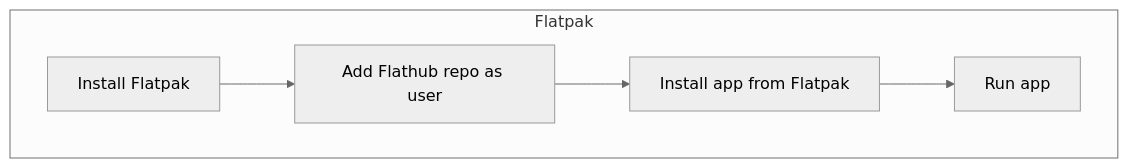
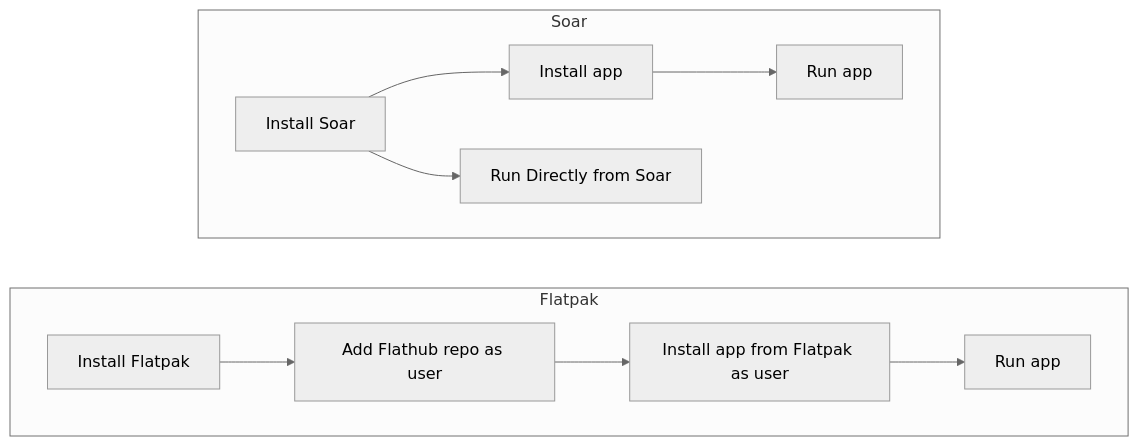
One commit to neotechclub/w3-foss-slides changed the diagram in README.md. Above: the diagram before and after it, drawn with Mermaid (neutral theme). The commit also changed other lines of this file, not shown here.

Commit message:
Switch to LR graph and make it nicer

````diff
--- a/README.md
+++ b/README.md
@@ -120,8 +110,14 @@
 ```mermaid
-graph TD
+graph LR
 subgraph Flatpak
+    direction LR
     A2[Install Flatpak] --> B2[Add Flathub repo as user]
-    B2 --> C2[Install app from Flatpak]
+    B2 --> C2[Install app from Flatpak as user]
     C2 --> D2[Run app]
 end
+subgraph Soar
+    direction LR
+    A1[Install Soar] --> B1[Install app] --> C1[Run app]
+    A1[Install Soar] --> B3[Run Directly from Soar]
+end
 ```
````
